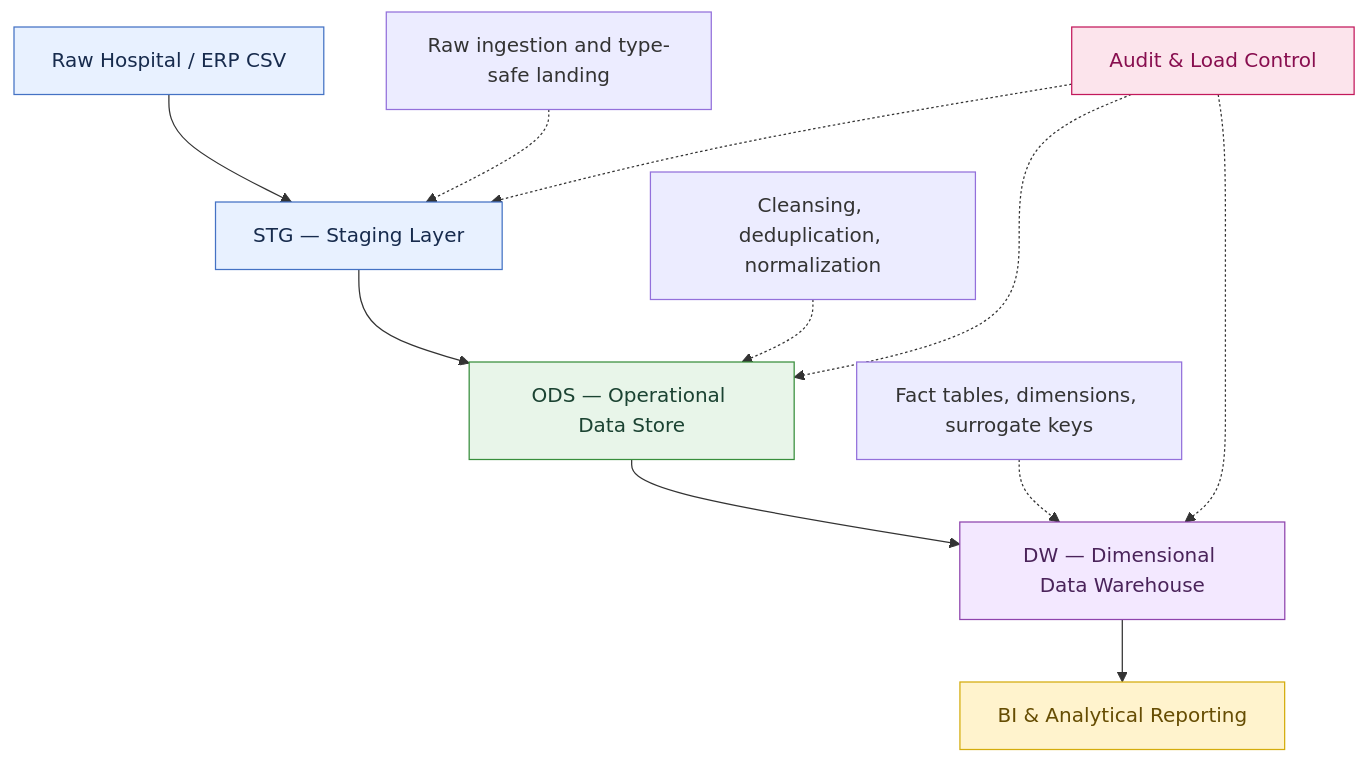
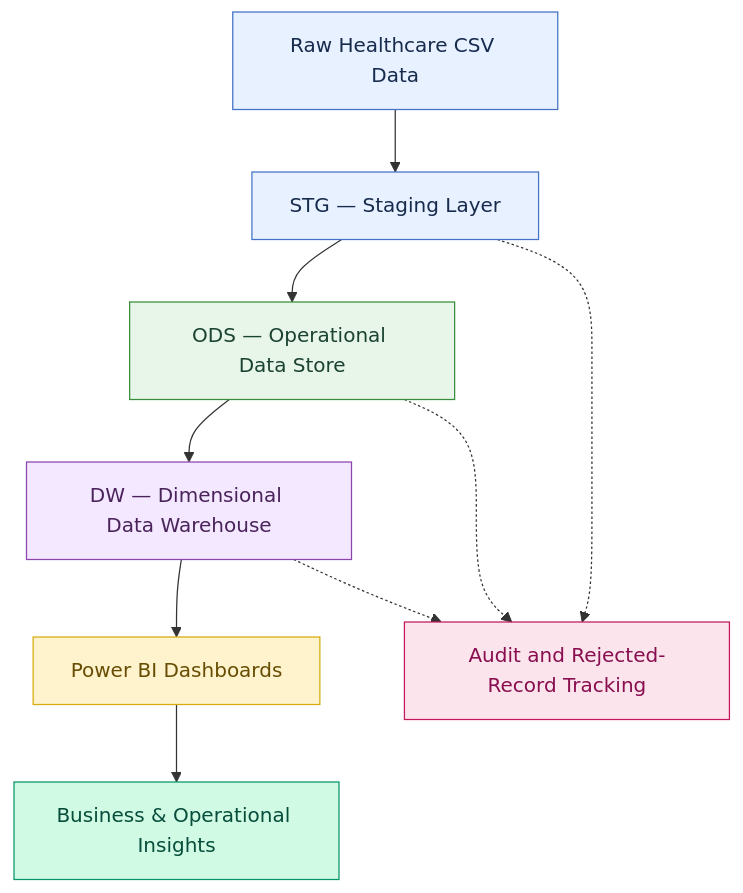
The diagram in README.md (Vivaan2409/end_to_end_de), drawn with Mermaid before and after one commit. The commit also changed other lines of this file, not shown here.

First line of the commit message:
Revise README for project scope and architecture updates

````diff
--- a/README.md
+++ b/README.md
@@ -28,22 +28,28 @@
 ```mermaid
 flowchart TD
-    A["Raw Hospital / ERP CSV"] --> B["STG — Staging Layer"]
-    B --> C["ODS — Operational Data Store"]
-    C --> D["DW — Dimensional Data Warehouse"]
-    D --> E["BI & Analytical Reporting"]
+    A["Raw Healthcare CSV Data"]
+    B["STG — Staging Layer"]
+    C["ODS — Operational Data Store"]
+    D["DW — Dimensional Data Warehouse"]
+    E["Power BI Dashboards"]
+    F["Business & Operational Insights"]
+    G["Audit and Rejected-Record Tracking"]
 
-    B1["Raw ingestion and type-safe landing"] -.-> B
-    C1["Cleansing, deduplication, normalization"] -.-> C
-    D1["Fact tables, dimensions, surrogate keys"] -.-> D
+    A --> B
+    B --> C
+    C --> D
+    D --> E
+    E --> F
 
-    F["Audit & Load Control"] -.-> B
-    F -.-> C
-    F -.-> D
+    B -.-> G
+    C -.-> G
+    D -.-> G
 
     style A fill:#E8F1FF,stroke:#4472C4,color:#172B4D
     style B fill:#E8F1FF,stroke:#4472C4,color:#172B4D
     style C fill:#E8F5E9,stroke:#388E3C,color:#1B4332
     style D fill:#F3E8FF,stroke:#8E44AD,color:#4A235A
     style E fill:#FFF3CD,stroke:#D4AC0D,color:#664D03
-    style F fill:#FCE4EC,stroke:#C2185B,color:#880E4F
+    style F fill:#D1FAE5,stroke:#059669,color:#064E3B
+    style G fill:#FCE4EC,stroke:#C2185B,color:#880E4F
 ```
````
